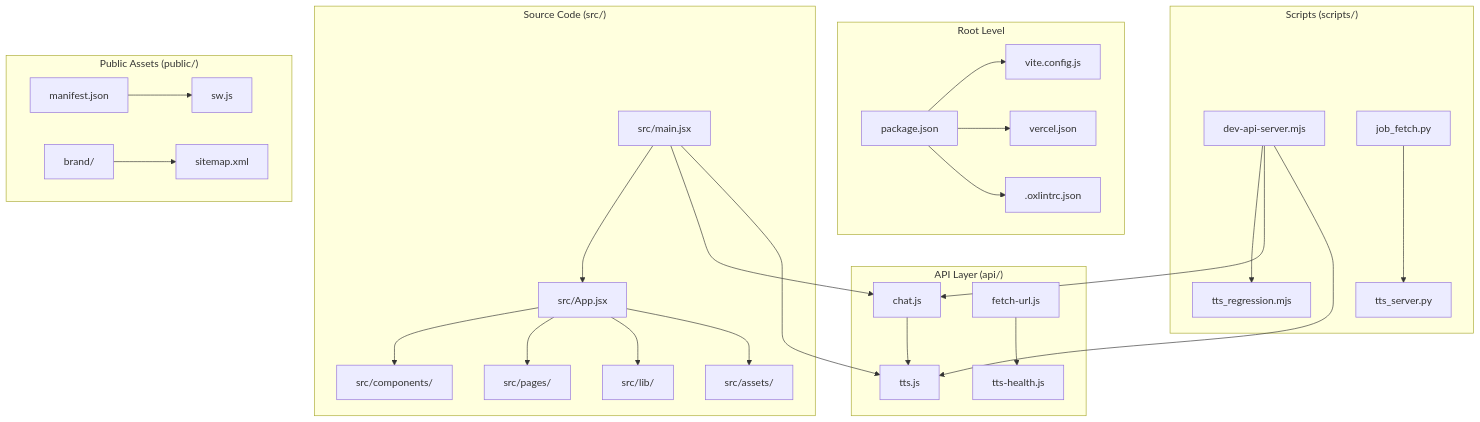
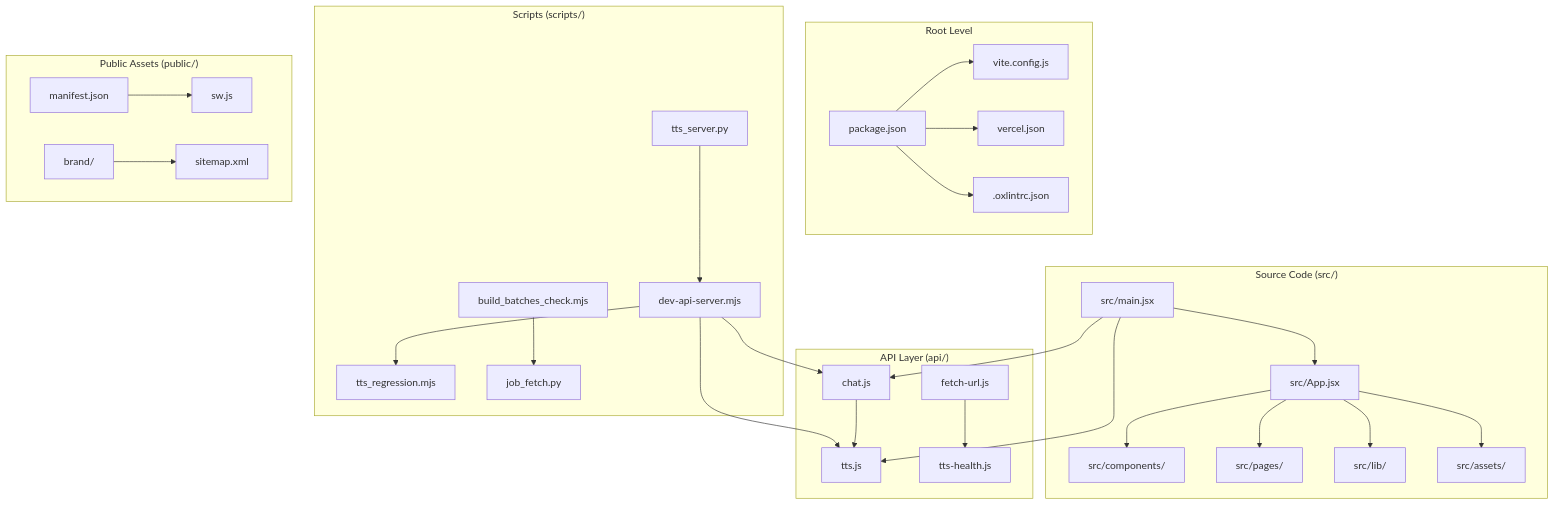
The first of 10 diagrams in .qoder/repowiki/en/content/Development Guide/Development Guide.md (zmyeo54/briefroom), drawn with Mermaid before and after one commit. The commit also changed other lines of this file and 13 other files, not shown here.

````diff
--- a/.qoder/repowiki/en/content/Development Guide/Development Guide.md
+++ b/.qoder/repowiki/en/content/Development Guide/Development Guide.md
@@ -45,31 +53,32 @@
 ```mermaid
 graph TB
 subgraph "Root Level"
 A[package.json] --> B[vite.config.js]
 A --> C[vercel.json]
 A --> D[.oxlintrc.json]
 end
 subgraph "Source Code (src/)"
 E[src/main.jsx] --> F[src/App.jsx]
 F --> G[src/components/]
 F --> H[src/pages/]
 F --> I[src/lib/]
 F --> J[src/assets/]
 end
 subgraph "API Layer (api/)"
 K[chat.js] --> L[tts.js]
 M[fetch-url.js] --> N[tts-health.js]
 end
 subgraph "Scripts (scripts/)"
 O[dev-api-server.mjs] --> P[tts_regression.mjs]
-Q[job_fetch.py] --> R[tts_server.py]
+Q[build_batches_check.mjs] --> R[job_fetch.py]
+S[tts_server.py] --> O
 end
 subgraph "Public Assets (public/)"
-S[manifest.json] --> T[sw.js]
-U[brand/] --> V[sitemap.xml]
+T[manifest.json] --> U[sw.js]
+V[brand/] --> W[sitemap.xml]
 end
 E --> K
 E --> L
 O --> K
 O --> L
 ```
````
